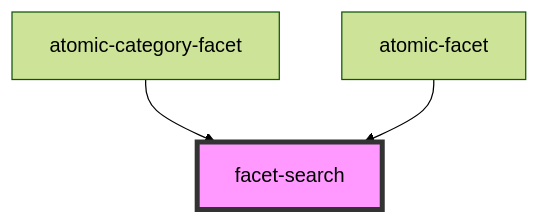
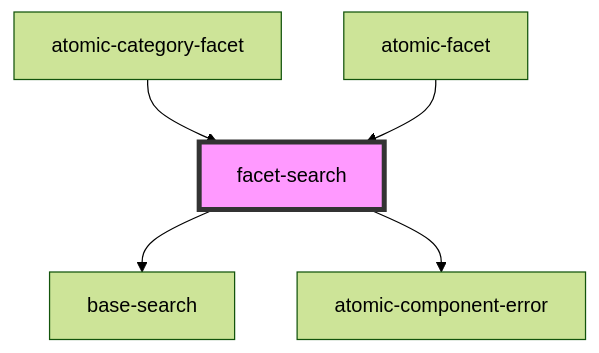
Before and after one commit to coveo/ui-kit: the diagram in packages/atomic/src/components/facets/facet-search/readme.md, drawn with Mermaid (forest theme). The commit also changed other lines of this file and 15 other files, not shown here.

First line of the commit message:
feat(atomic): numeric Facet

````diff
--- a/packages/atomic/src/components/facets/facet-search/readme.md
+++ b/packages/atomic/src/components/facets/facet-search/readme.md
@@ -33,6 +37,8 @@
 ```mermaid
 graph TD;
+  facet-search --> base-search
+  facet-search --> atomic-component-error
   atomic-category-facet --> facet-search
   atomic-facet --> facet-search
   style facet-search fill:#f9f,stroke:#333,stroke-width:4px
 ```
````
